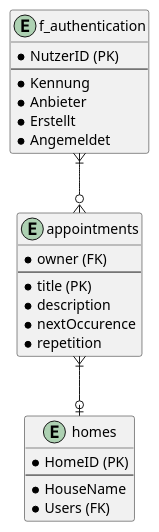
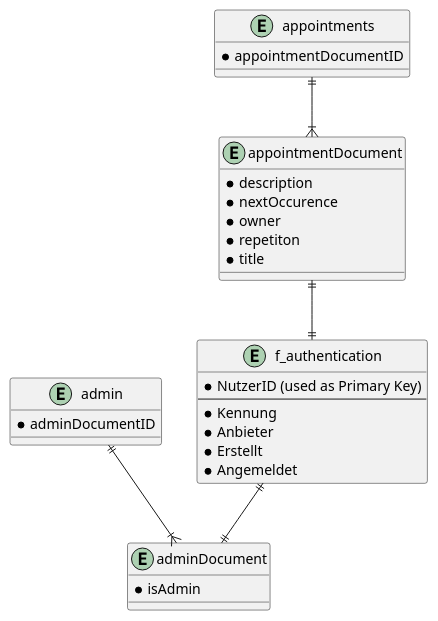
Before and after one commit to K1ntsugi/SoftwareEngineering_2_Vinf5: the diagram in Architektur_Praktikum/db.plantuml, drawn with PlantUML. The commit also changed 5 other files, not shown here.

```diff
--- a/Architektur_Praktikum/db.plantuml
+++ b/Architektur_Praktikum/db.plantuml
@@ -1,30 +1,38 @@
 @startuml Database 
 
 entity f_authentication {
-    * NutzerID (PK)
+    * NutzerID (used as Primary Key)
     --
     * Kennung
     * Anbieter
     * Erstellt
     * Angemeldet
 }
 
-entity homes {
-    * HomeID (PK)
-    --
-    * HouseName
-    * Users (FK)
+entity admin {
+    * adminDocumentID
+}
+
+entity adminDocument{
+    * isAdmin
 }
 
 entity appointments {
-    * owner (FK)
-    --
-    * title (PK)
-    * description
-    * nextOccurence 
-    * repetition
+    * appointmentDocumentID
 }
 
-f_authentication }|--o{ appointments
-appointments }|--o| homes
+entity appointmentDocument {
+    * description
+    * nextOccurence
+    * owner
+    * repetiton
+    * title
+}
+
+
+admin ||--|{ adminDocument
+appointments ||--|{ appointmentDocument
+appointmentDocument ||--|| f_authentication
+f_authentication ||--|| adminDocument
+
 @enduml
```
